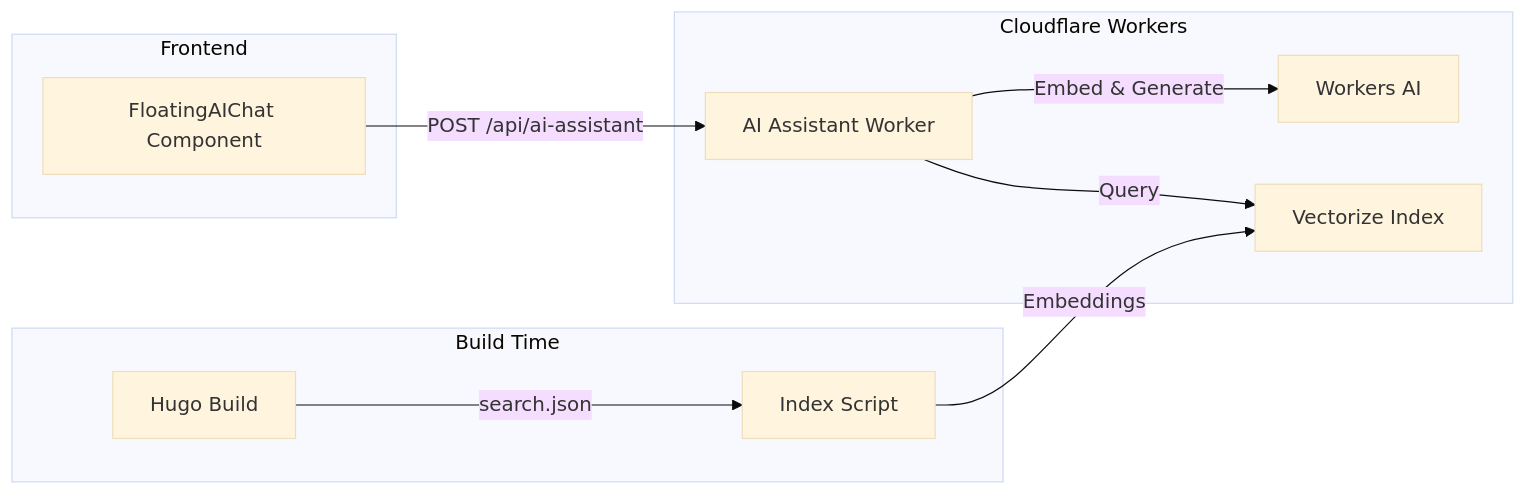
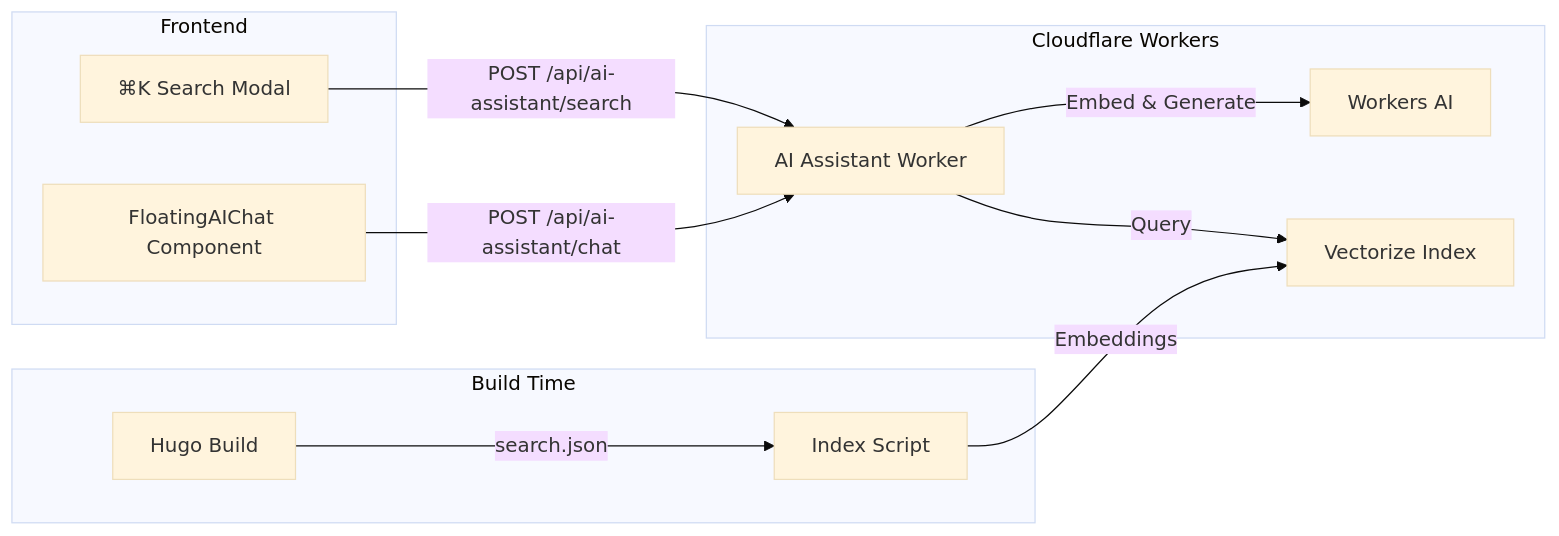
The diagram in workers/README.md (mieweb/docs), drawn with Mermaid (base theme) before and after one commit. The commit also changed other lines of this file and 34 other files, not shown here.

````diff
--- a/workers/README.md
+++ b/workers/README.md
@@ -7,23 +15,25 @@
 ```mermaid
 graph LR
     subgraph "Frontend"
-        UI[FloatingAIChat Component]
+        SearchUI[⌘K Search Modal]
+        ChatUI[FloatingAIChat Component]
     end
 
     subgraph "Cloudflare Workers"
         API[AI Assistant Worker]
         AI[Workers AI]
         VEC[Vectorize Index]
     end
 
     subgraph "Build Time"
         HUGO[Hugo Build]
         IDX[Index Script]
     end
 
-    UI -->|POST /api/ai-assistant| API
+    SearchUI -->|POST /api/ai-assistant/search| API
+    ChatUI -->|POST /api/ai-assistant/chat| API
     API -->|Query| VEC
     API -->|Embed & Generate| AI
     HUGO -->|search.json| IDX
     IDX -->|Embeddings| VEC
 ```
````
